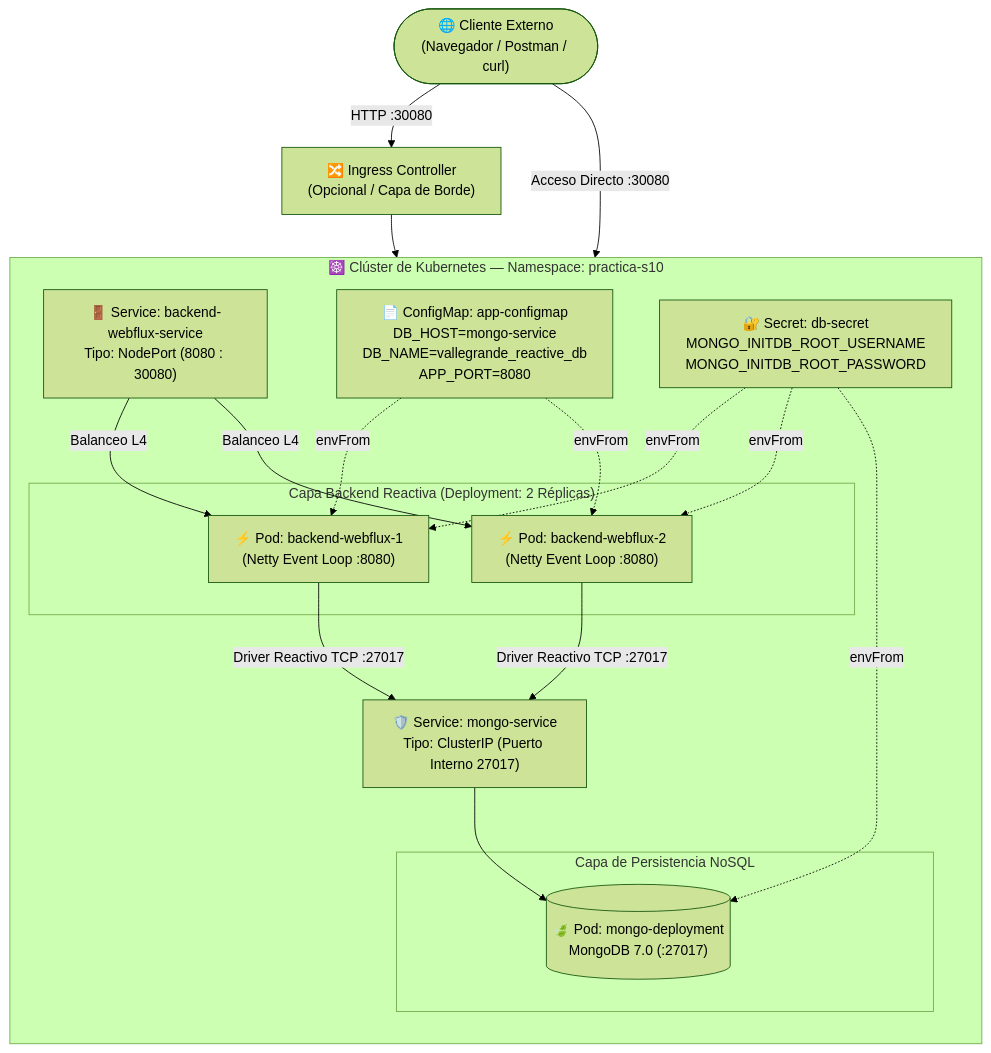
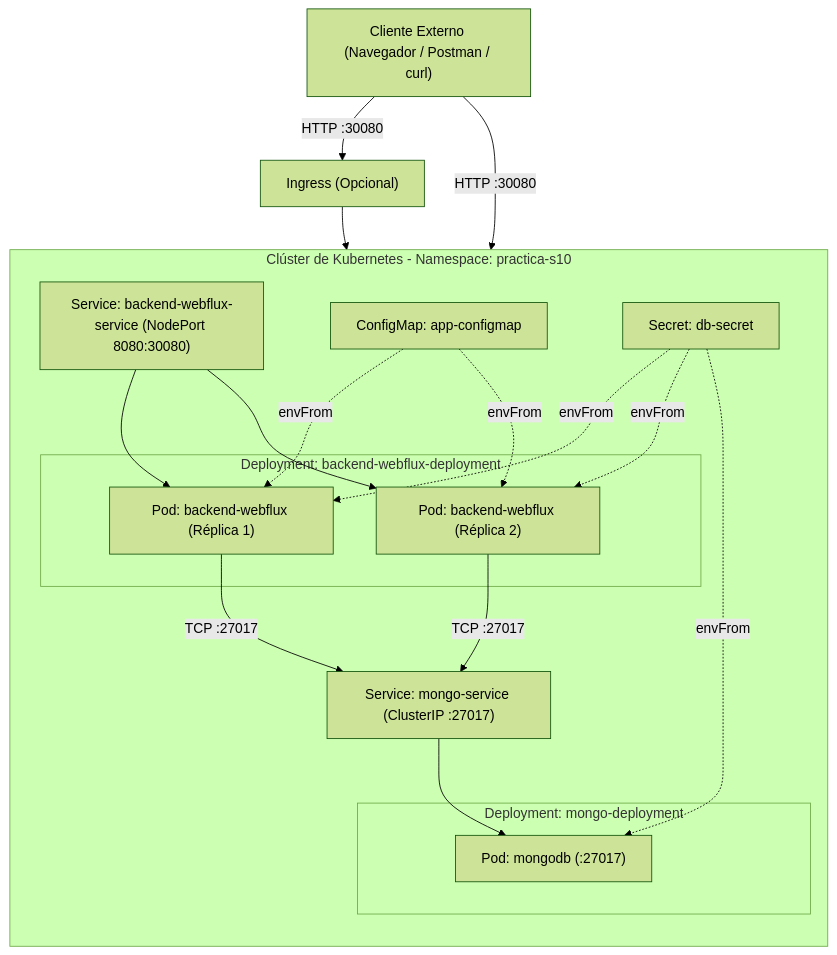
One commit to JeanSimon20/S10-M10-Despliegue-Spring-WebFlux-y-MongoDB changed the diagram in README.md. Above: the diagram before and after it, drawn with Mermaid (forest theme). The commit also changed other lines of this file and 13 other files, not shown here.

````diff
--- a/README.md
+++ b/README.md
@@ -109,40 +86,40 @@
 ```mermaid
 flowchart TD
-    Client(["🌐 Cliente Externo<br/>(Navegador / Postman / curl)"])
-    Ingress["🔀 Ingress Controller<br/>(Opcional / Capa de Borde)"]
+    Client["Cliente Externo (Navegador / Postman / curl)"]
+    Ingress["Ingress (Opcional)"]
 
-    subgraph K8S["☸️ Clúster de Kubernetes — Namespace: practica-s10"]
+    subgraph K8S["Clúster de Kubernetes - Namespace: practica-s10"]
         direction TB
-        NodePortSvc["🚪 Service: backend-webflux-service<br/>Tipo: NodePort (8080 : 30080)"]
+        NodePortSvc["Service: backend-webflux-service (NodePort 8080:30080)"]
 
-        subgraph BackendPods["Capa Backend Reactiva (Deployment: 2 Réplicas)"]
-            Pod1["⚡ Pod: backend-webflux-1<br/>(Netty Event Loop :8080)"]
-            Pod2["⚡ Pod: backend-webflux-2<br/>(Netty Event Loop :8080)"]
+        subgraph BackendPods["Deployment: backend-webflux-deployment"]
+            Pod1["Pod: backend-webflux (Réplica 1)"]
+            Pod2["Pod: backend-webflux (Réplica 2)"]
         end
 
-        Config["📄 ConfigMap: app-configmap<br/>DB_HOST=mongo-service<br/>DB_NAME=vallegrande_reactive_db<br/>APP_PORT=8080"]
-        Secret["🔐 Secret: db-secret<br/>MONGO_INITDB_ROOT_USERNAME<br/>MONGO_INITDB_ROOT_PASSWORD"]
+        Config["ConfigMap: app-configmap"]
+        Secret["Secret: db-secret"]
 
-        ClusterIPSvc["🛡️ Service: mongo-service<br/>Tipo: ClusterIP (Puerto Interno 27017)"]
+        ClusterIPSvc["Service: mongo-service (ClusterIP :27017)"]
 
-        subgraph DatabasePod["Capa de Persistencia NoSQL"]
-            MongoPod[("🍃 Pod: mongo-deployment<br/>MongoDB 7.0 (:27017)")]
+        subgraph DatabasePod["Deployment: mongo-deployment"]
+            MongoPod["Pod: mongodb (:27017)"]
         end
     end
 
     Client -->|HTTP :30080| Ingress
     Ingress --> NodePortSvc
-    Client -->|Acceso Directo :30080| NodePortSvc
-    NodePortSvc -->|Balanceo L4| Pod1
-    NodePortSvc -->|Balanceo L4| Pod2
+    Client -->|HTTP :30080| NodePortSvc
+    NodePortSvc --> Pod1
+    NodePortSvc --> Pod2
 
     Config -.->|envFrom| Pod1
     Config -.->|envFrom| Pod2
     Secret -.->|envFrom| Pod1
     Secret -.->|envFrom| Pod2
     Secret -.->|envFrom| MongoPod
 
-    Pod1 -->|Driver Reactivo TCP :27017| ClusterIPSvc
-    Pod2 -->|Driver Reactivo TCP :27017| ClusterIPSvc
+    Pod1 -->|TCP :27017| ClusterIPSvc
+    Pod2 -->|TCP :27017| ClusterIPSvc
     ClusterIPSvc --> MongoPod
 ```
````
